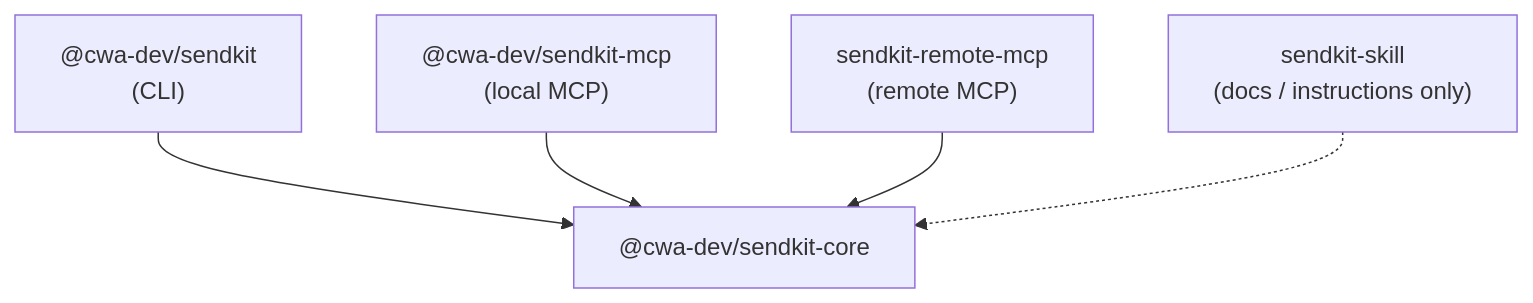
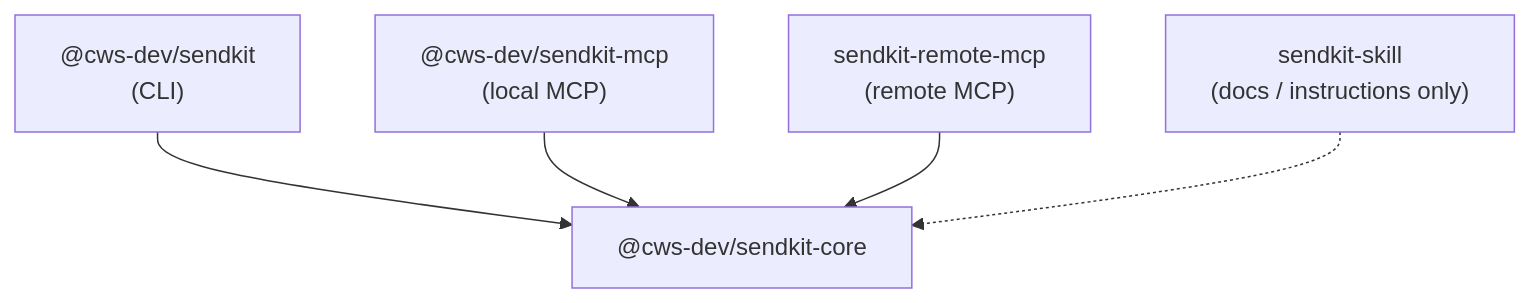
The second of 2 diagrams in README.md (SwammickBiswas/sendkit), drawn with Mermaid before and after one commit. The commit also changed other lines of this file and 1 other file, not shown here.

````diff
--- a/README.md
+++ b/README.md
@@ -434,7 +434,7 @@
 ```mermaid
 flowchart TD
-    CLI["@cwa-dev/sendkit<br/>(CLI)"] --> CORE["@cwa-dev/sendkit-core"]
-    MCP["@cwa-dev/sendkit-mcp<br/>(local MCP)"] --> CORE
+    CLI["@cws-dev/sendkit<br/>(CLI)"] --> CORE["@cws-dev/sendkit-core"]
+    MCP["@cws-dev/sendkit-mcp<br/>(local MCP)"] --> CORE
     REMOTE["sendkit-remote-mcp<br/>(remote MCP)"] --> CORE
     SKILL["sendkit-skill<br/>(docs / instructions only)"] -.-> CORE
 ```
````
